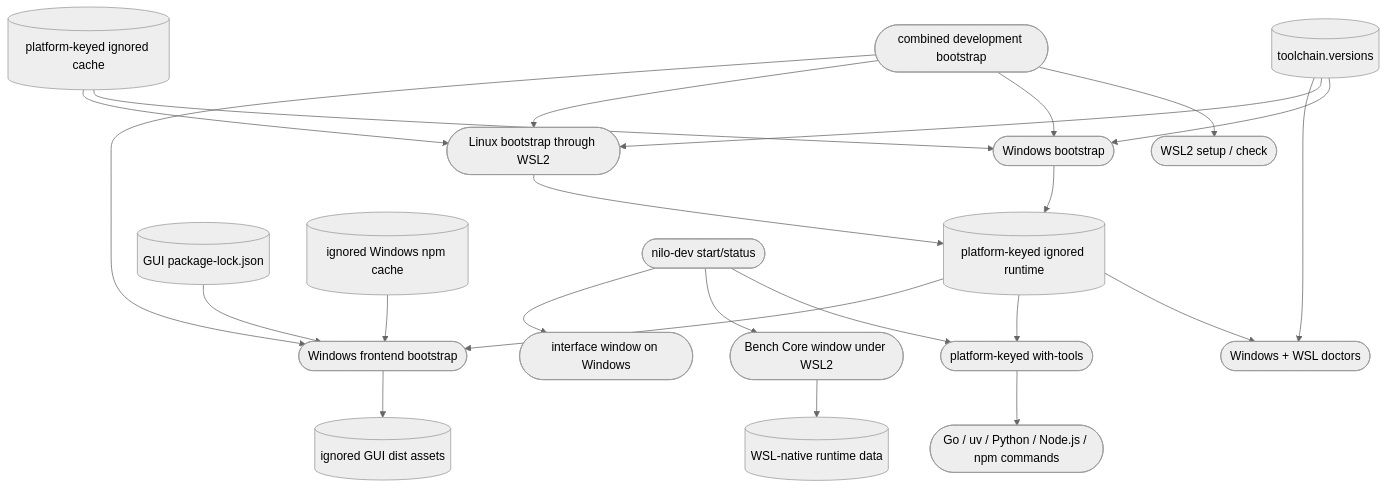
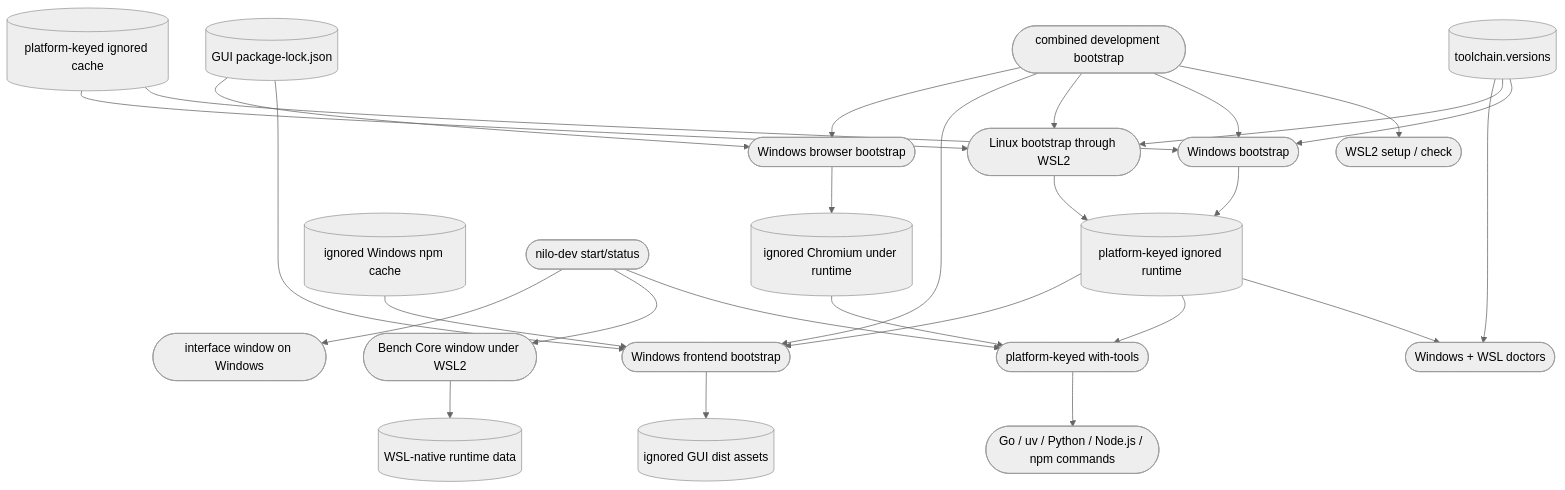
The diagram in .agentic/knowledge/repository-toolchain.md (DDP-Engineering/2026_Networked_Intelligent_Lab_Orchestrator), drawn with Mermaid (neutral theme) before and after one commit. The commit also changed other lines of this file and 41 other files, not shown here.

````diff
--- a/.agentic/knowledge/repository-toolchain.md
+++ b/.agentic/knowledge/repository-toolchain.md
@@ -62,43 +69,49 @@
 ```mermaid
 flowchart TD
     manifest[("toolchain.versions")]
     win_bootstrap(["Windows bootstrap"])
     linux_bootstrap(["Linux bootstrap through WSL2"])
     wsl_setup(["WSL2 setup / check"])
     combined(["combined development bootstrap"])
     cache[("platform-keyed ignored cache")]
     runtime[("platform-keyed ignored runtime")]
     frontend_bootstrap(["Windows frontend bootstrap"])
     gui_lock[("GUI package-lock.json")]
     npm_cache[("ignored Windows npm cache")]
     static_assets[("ignored GUI dist assets")]
     wrapper(["platform-keyed with-tools"])
     doctor(["Windows + WSL doctors"])
     commands(["Go / uv / Python / Node.js / npm commands"])
     combined --> wsl_setup
     combined --> win_bootstrap
     combined --> linux_bootstrap
     combined --> frontend_bootstrap
     manifest --> win_bootstrap
     manifest --> linux_bootstrap
     cache --> win_bootstrap
     cache --> linux_bootstrap
     win_bootstrap --> runtime
     linux_bootstrap --> runtime
     manifest --> doctor
     runtime --> doctor
     runtime --> wrapper
     wrapper --> commands
     runtime --> frontend_bootstrap
     gui_lock --> frontend_bootstrap
     npm_cache --> frontend_bootstrap
     frontend_bootstrap --> static_assets
     lifecycle(["nilo-dev start/status"])
     backend_window(["Bench Core window under WSL2"])
     frontend_window(["interface window on Windows"])
     wsl_data[("WSL-native runtime data")]
     lifecycle --> wrapper
     lifecycle --> backend_window
     lifecycle --> frontend_window
     backend_window --> wsl_data
+    browser_bootstrap(["Windows browser bootstrap"])
+    browser_runtime[("ignored Chromium under runtime")]
+    combined --> browser_bootstrap
+    gui_lock --> browser_bootstrap
+    browser_bootstrap --> browser_runtime
+    browser_runtime --> wrapper
 ```
````
